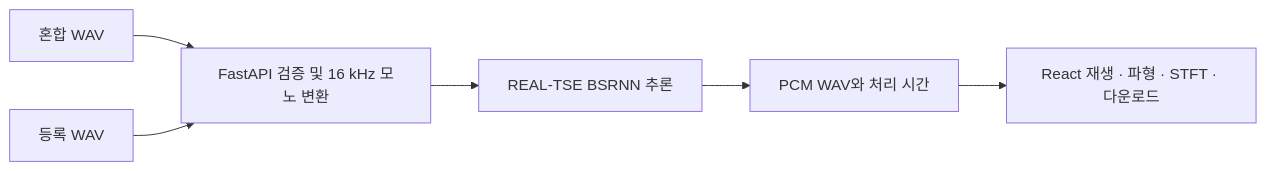
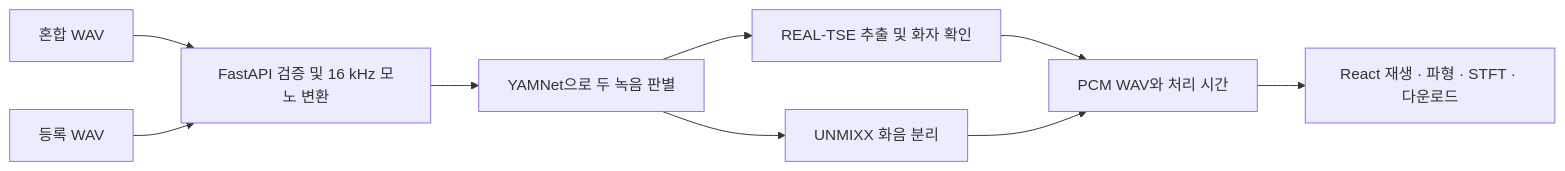
Before and after one commit to hwanghj09/VoiceFocus: the diagram in docs/ARCHITECTURE.md, drawn with Mermaid. The commit also changed other lines of this file and 11 other files, not shown here.

````diff
--- a/docs/ARCHITECTURE.md
+++ b/docs/ARCHITECTURE.md
@@ -5,8 +5,11 @@
 ```mermaid
 flowchart LR
     A[혼합 WAV] --> C[FastAPI 검증 및 16 kHz 모노 변환]
     B[등록 WAV] --> C
-    C --> D[REAL-TSE BSRNN 추론]
+    C --> R[YAMNet으로 두 녹음 판별]
+    R --> D[REAL-TSE 추출 및 화자 확인]
+    R --> H[UNMIXX 화음 분리]
     D --> E[PCM WAV와 처리 시간]
+    H --> E
     E --> F[React 재생 · 파형 · STFT · 다운로드]
 ```
````
